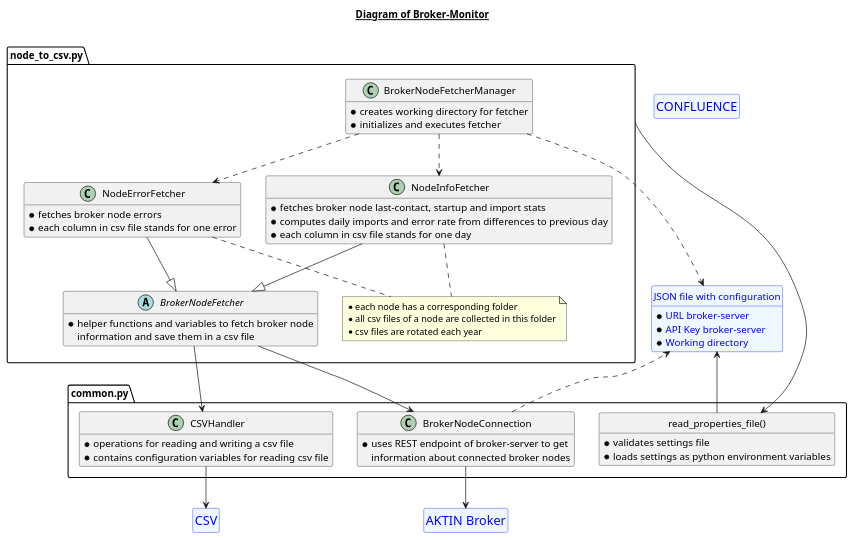
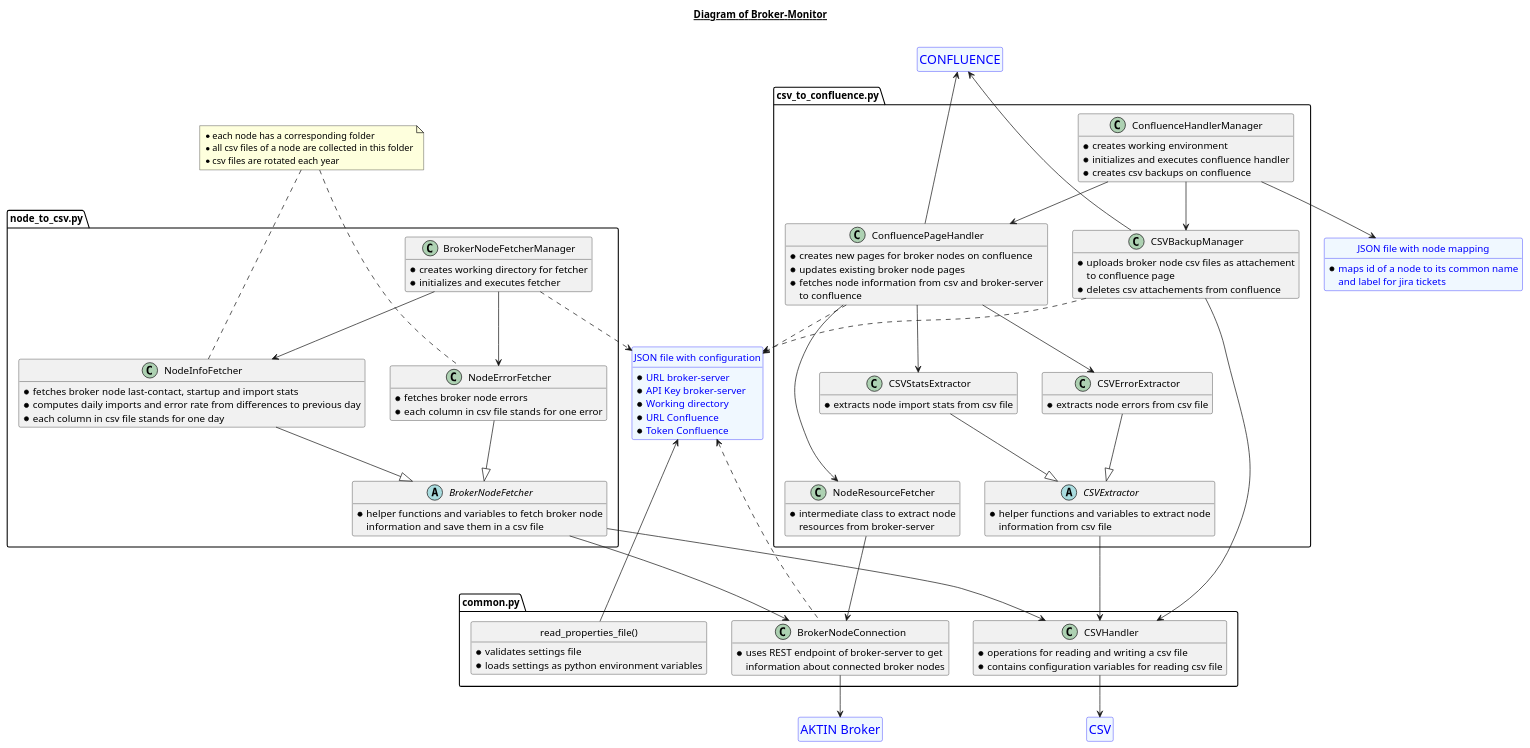
Before and after one commit to alexkombie/AKTIN_broker_monitor: the diagram in docs/architecture/broker-monitor.puml, drawn with PlantUML.

Commit message:
updated architecture with new components

```diff
--- a/docs/architecture/broker-monitor.puml
+++ b/docs/architecture/broker-monitor.puml
@@ -1,89 +1,151 @@
 @startuml
 hide methods
 
 title __Diagram of Broker-Monitor__\n
 
 entity "<size:18>AKTIN Broker</size>" as broker
 entity broker #aliceblue;line:blue;text:blue
 hide broker members
 hide broker circle
 
 entity "<size:18>CSV</size>" as csv
 entity csv #aliceblue;line:blue;text:blue
 hide csv members
 hide csv circle
 
 entity "<size:18>CONFLUENCE</size>" as confluence
 entity confluence #aliceblue;line:blue;text:blue
 hide confluence members
 hide confluence circle
 
 entity "JSON file with configuration" as settings {
 * URL broker-server
 * API Key broker-server
 * Working directory
+* URL Confluence
+* Token Confluence
 }
 entity settings #aliceblue;line:blue;text:blue
 hide settings circle
+
+entity "JSON file with node mapping" as mapping {
+* maps id of a node to its common name
+and label for jira tickets
+}
+entity mapping #aliceblue;line:blue;text:blue
+hide mapping circle
 
 package "node_to_csv.py" as node_to_csv <<Package>> {
 class BrokerNodeFetcherManager {
 * creates working directory for fetcher
 * initializes and executes fetcher
 }
 
 abstract class BrokerNodeFetcher {
 * helper functions and variables to fetch broker node
 information and save them in a csv file
 }
 
 class NodeErrorFetcher {
 * fetches broker node errors
 * each column in csv file stands for one error
 }
 
 class NodeInfoFetcher {
 * fetches broker node last-contact, startup and import stats
 * computes daily imports and error rate from differences to previous day
 * each column in csv file stands for one day
 }
-
-note "* each node has a corresponding folder\n* all csv files of a node are collected in this folder\n* csv files are rotated each year" as N1
-NodeErrorFetcher .. N1
-NodeInfoFetcher .. N1
-
-NodeErrorFetcher --|> BrokerNodeFetcher
-NodeInfoFetcher --|> BrokerNodeFetcher
-BrokerNodeFetcherManager ..> settings
-BrokerNodeFetcherManager ..> NodeInfoFetcher
-BrokerNodeFetcherManager ..> NodeErrorFetcher
 }
 
 package "common.py" as common <<Package>> {
 class "read_properties_file()" as read_properties {
 * validates settings file
 * loads settings as python environment variables
 }
 hide read_properties circle
 
 class BrokerNodeConnection {
 * uses REST endpoint of broker-server to get
 information about connected broker nodes
 }
 
 class CSVHandler {
 * operations for reading and writing a csv file
 * contains configuration variables for reading csv file
 }
+}
+
+package "csv_to_confluence.py" as csv_to_confluence {
+abstract class CSVExtractor {
+* helper functions and variables to extract node
+information from csv file
+}
+
+class CSVStatsExtractor {
+* extracts node import stats from csv file
+}
+
+class CSVErrorExtractor {
+* extracts node errors from csv file
+}
+
+class CSVBackupManager {
+* uploads broker node csv files as attachement
+to confluence page
+* deletes csv attachements from confluence
+}
+
+class NodeResourceFetcher {
+* intermediate class to extract node
+resources from broker-server
+}
+
+class ConfluencePageHandler {
+* creates new pages for broker nodes on confluence
+* updates existing broker node pages
+* fetches node information from csv and broker-server
+to confluence
+}
+
+class ConfluenceHandlerManager {
+* creates working environment
+* initializes and executes confluence handler
+* creates csv backups on confluence
+}
+}
+
+note "* each node has a corresponding folder\n* all csv files of a node are collected in this folder\n* csv files are rotated each year" as N1
+NodeErrorFetcher .u.. N1
+NodeInfoFetcher .u.. N1
+
+BrokerNodeFetcherManager ..> settings
+BrokerNodeFetcherManager --> NodeInfoFetcher
+BrokerNodeFetcherManager --> NodeErrorFetcher
+NodeInfoFetcher --|> BrokerNodeFetcher
+NodeErrorFetcher --|> BrokerNodeFetcher
+BrokerNodeFetcher ---> CSVHandler
+BrokerNodeFetcher ---> BrokerNodeConnection
+
+ConfluenceHandlerManager --> CSVBackupManager
+ConfluenceHandlerManager --> ConfluencePageHandler
+ConfluenceHandlerManager --> mapping
+CSVBackupManager --> CSVHandler
+CSVBackupManager -u--> confluence
+CSVBackupManager ..> settings
+ConfluencePageHandler -u--> confluence
+ConfluencePageHandler ..> settings
+ConfluencePageHandler ---> NodeResourceFetcher
+NodeResourceFetcher ---> BrokerNodeConnection
+ConfluencePageHandler --> CSVErrorExtractor
+ConfluencePageHandler --> CSVStatsExtractor
+CSVStatsExtractor --|> CSVExtractor
+CSVErrorExtractor --|> CSVExtractor
+CSVExtractor --> CSVHandler
 
 read_properties -u-> settings
-CSVHandler -d-> csv
-BrokerNodeConnection -d-> broker
-BrokerNodeConnection ..> settings
-}
-
-node_to_csv -r-> read_properties
-BrokerNodeFetcher --> CSVHandler
-BrokerNodeFetcher --> BrokerNodeConnection
+CSVHandler --> csv
+BrokerNodeConnection --> broker
+BrokerNodeConnection .u.> settings
 
 @enduml
```
